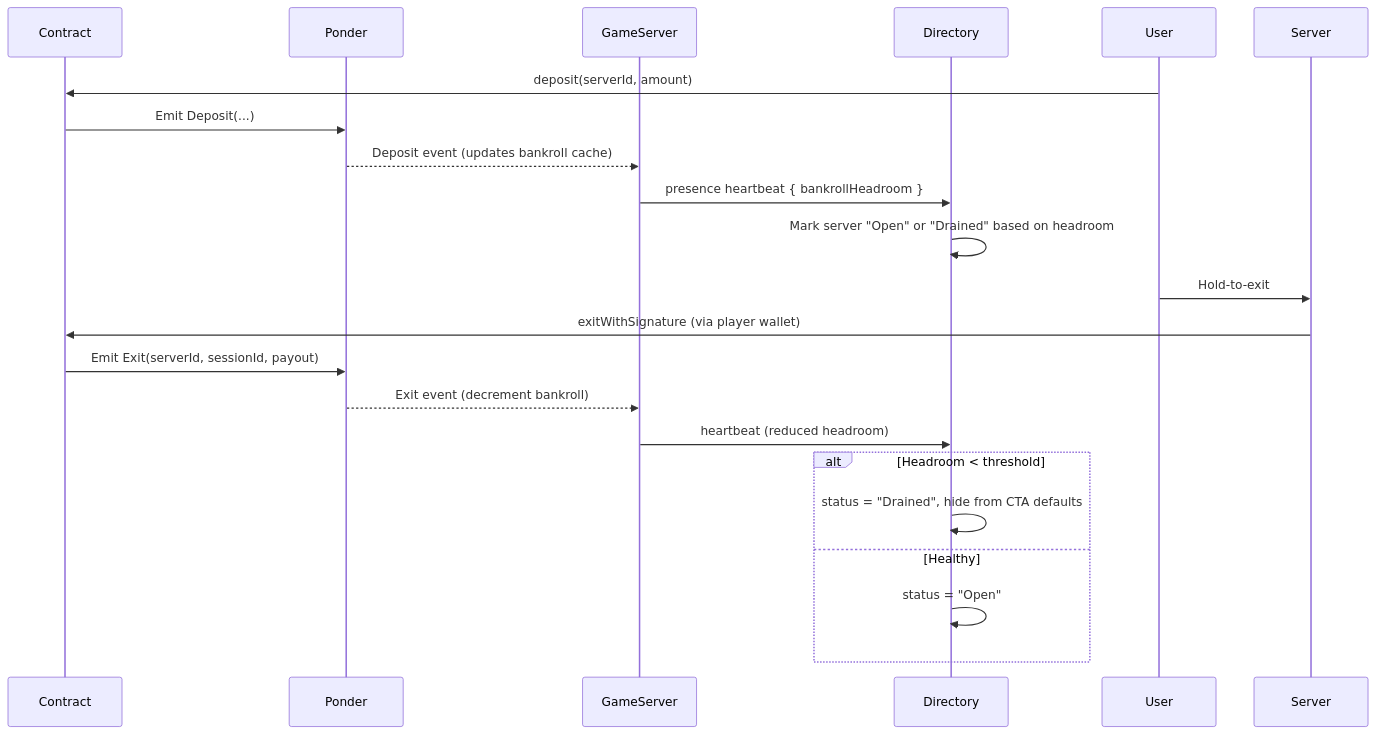
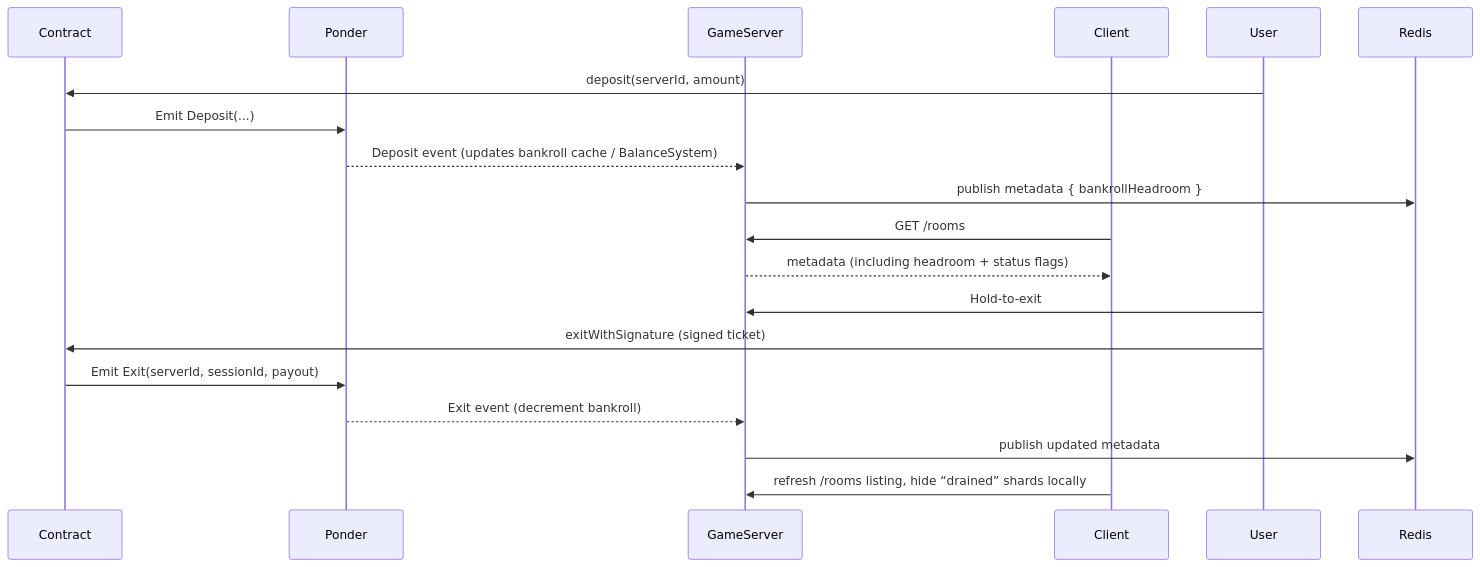
The ninth of 9 diagrams in ARCHITECTURE.md (TheExpandingPolytope/goonverse), drawn with Mermaid before and after one commit. The commit also changed other lines of this file and 88 other files, not shown here.

````diff
--- a/ARCHITECTURE.md
+++ b/ARCHITECTURE.md
@@ -442,24 +618,21 @@
 ```mermaid
 sequenceDiagram
     participant Contract
     participant Ponder
     participant GameServer
-    participant Directory
-
+    participant Client
+    
     User->>Contract: deposit(serverId, amount)
     Contract->>Ponder: Emit Deposit(...)
-    Ponder-->>GameServer: Deposit event (updates bankroll cache)
-    GameServer->>Directory: presence heartbeat { bankrollHeadroom }
-    Directory->>Directory: Mark server "Open" or "Drained" based on headroom
-
-    User->>Server: Hold-to-exit
-    Server->>Contract: exitWithSignature (via player wallet)
+    Ponder-->>GameServer: Deposit event (updates bankroll cache / BalanceSystem)
+    GameServer->>Redis: publish metadata { bankrollHeadroom }
+    Client->>GameServer: GET /rooms
+    GameServer-->>Client: metadata (including headroom + status flags)
+    
+    User->>GameServer: Hold-to-exit
+    User->>Contract: exitWithSignature (signed ticket)
     Contract->>Ponder: Emit Exit(serverId, sessionId, payout)
     Ponder-->>GameServer: Exit event (decrement bankroll)
-    GameServer->>Directory: heartbeat (reduced headroom)
-    alt Headroom < threshold
-        Directory->>Directory: status = "Drained", hide from CTA defaults
-    else Healthy
-        Directory->>Directory: status = "Open"
-    end
+    GameServer->>Redis: publish updated metadata
+    Client->>GameServer: refresh /rooms listing, hide “drained” shards locally
 ```
````
